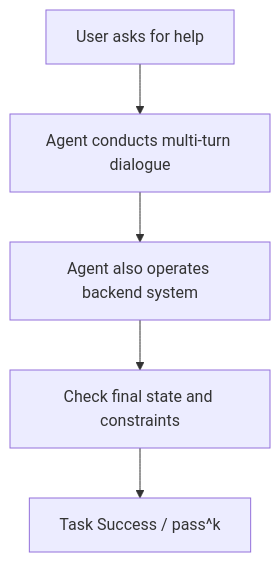
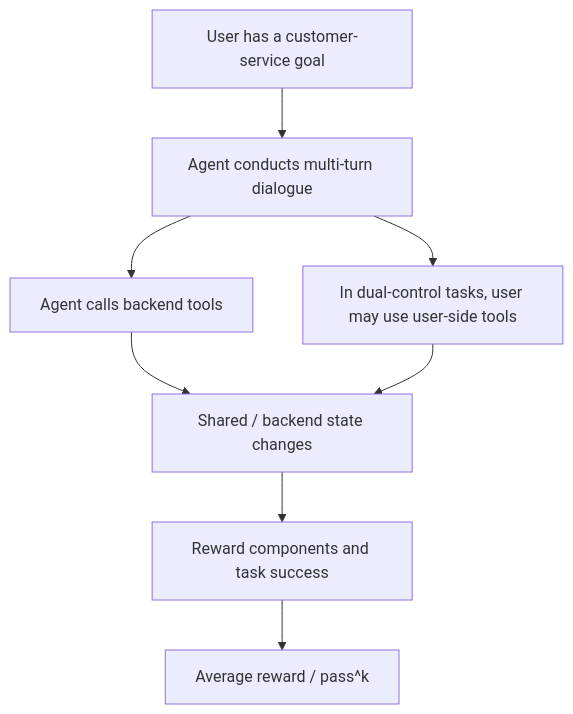
The diagram in docs/en/cards/general-agent/tau2-bench.md (BobDLA/llm-benchmark-field-guide), drawn with Mermaid before and after one commit. The commit also changed other lines of this file and 5 other files, not shown here.

````diff
--- a/docs/en/cards/general-agent/tau2-bench.md
+++ b/docs/en/cards/general-agent/tau2-bench.md
@@ -41,7 +47,10 @@
 ```mermaid
 flowchart TD
-    A["User asks for help"] --> B["Agent conducts multi-turn dialogue"]
-    B --> C["Agent also operates backend system"]
-    C --> D["Check final state and constraints"]
-    D --> E["Task Success / pass^k"]
+    A["User has a customer-service goal"] --> B["Agent conducts multi-turn dialogue"]
+    B --> C["Agent calls backend tools"]
+    B --> D["In dual-control tasks, user may use user-side tools"]
+    C --> E["Shared / backend state changes"]
+    D --> E
+    E --> F["Reward components and task success"]
+    F --> G["Average reward / pass^k"]
 ```
````
